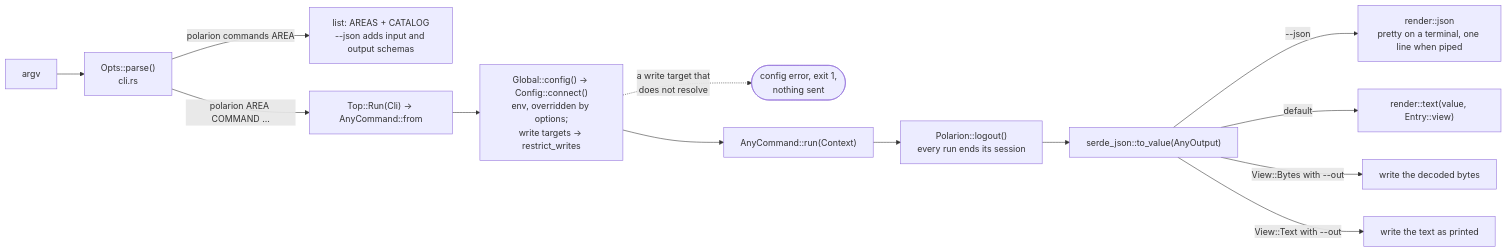
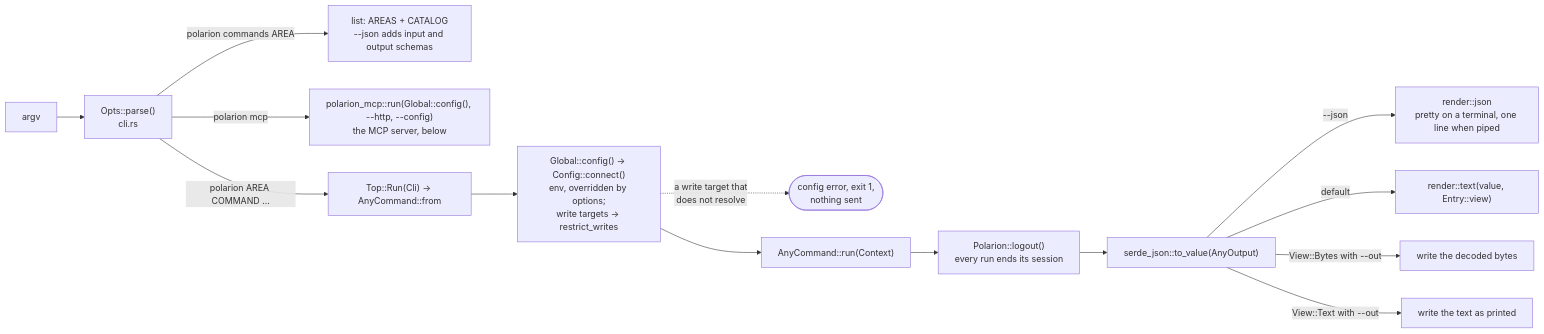
The first of 7 diagrams in docs/front-ends.md (KevinGliewe/Polarion-rs), drawn with Mermaid before and after one commit. The commit also changed other lines of this file and 40 other files, not shown here.

First line of the commit message:
One binary: the MCP server is `polarion mcp`; releases ship bare executables

````diff
--- a/docs/front-ends.md
+++ b/docs/front-ends.md
@@ -9,15 +11,16 @@
 ```mermaid
 flowchart LR
     argv["argv"] --> clap["Opts::parse()<br/>cli.rs"]
     clap -- "polarion commands AREA" --> list["list: AREAS + CATALOG<br/>--json adds input and output schemas"]
+    clap -- "polarion mcp" --> server["polarion_mcp::run(Global::config(), --http, --config)<br/>the MCP server, below"]
     clap -- "polarion AREA COMMAND ..." --> cmd["Top::Run(Cli) → AnyCommand::from"]
     cmd --> connect["Global::config() → Config::connect()<br/>env, overridden by options;<br/>write targets → restrict_writes"]
     connect -. "a write target that<br/>does not resolve" .-> cfgerr(["config error, exit 1,<br/>nothing sent"])
     connect --> run["AnyCommand::run(Context)"]
     run --> logout["Polarion::logout()<br/>every run ends its session"]
     logout --> value["serde_json::to_value(AnyOutput)"]
     value -- "--json" --> json["render::json<br/>pretty on a terminal, one line when piped"]
     value -- "default" --> text["render::text(value, Entry::view)"]
     value -- "View::Bytes with --out" --> file["write the decoded bytes"]
     value -- "View::Text with --out" --> textfile["write the text as printed"]
 ```
````
